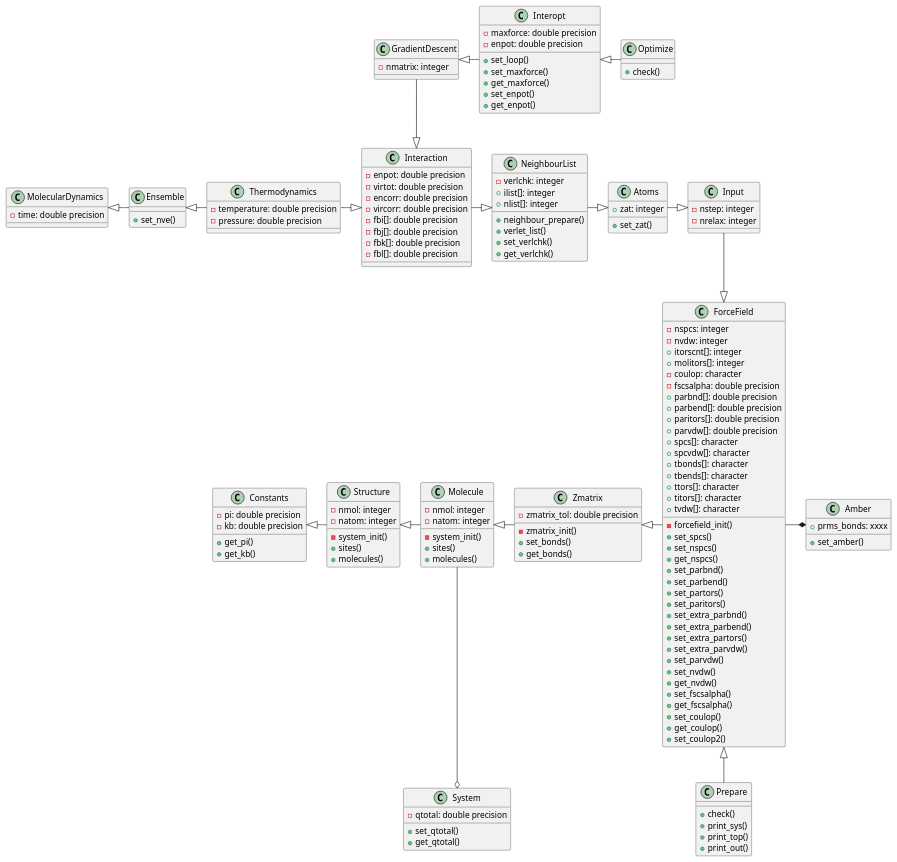
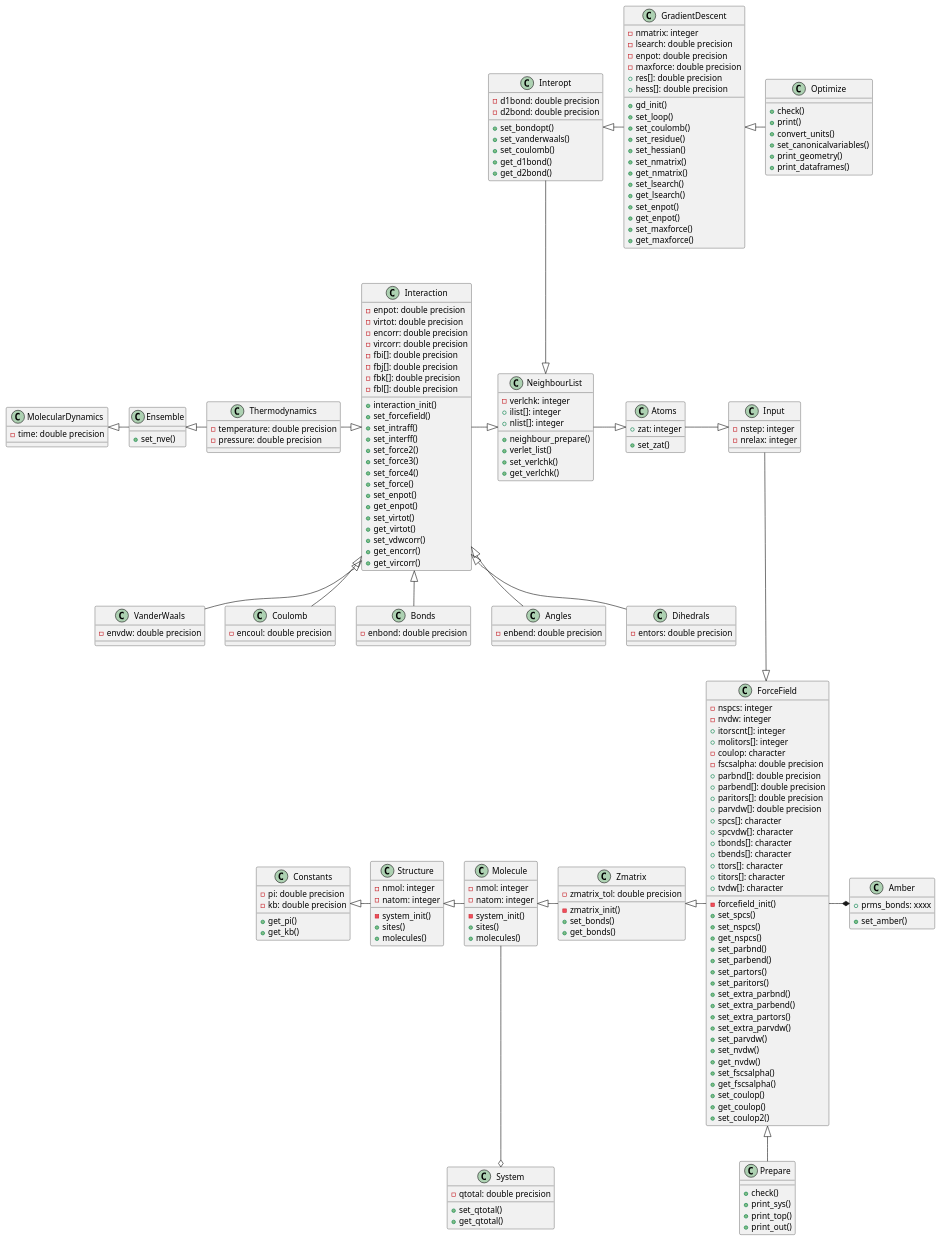
The diagram in docs/diagrama_de_fase.puml (flavianowilliams/HICOLM3), drawn with PlantUML before and after one commit. The commit also changed 5 other files, not shown here.

```diff
--- a/docs/diagrama_de_fase.puml
+++ b/docs/diagrama_de_fase.puml
@@ -90,7 +90,7 @@
     - nstep: integer
     - nrelax: integer
 }
-Input --|> ForceField
+Input ---|> ForceField
 class Atoms{
     + zat: integer
     + set_zat()
@@ -115,6 +115,21 @@
     - fbj[]: double precision
     - fbk[]: double precision
     - fbl[]: double precision
+    + interaction_init()
+    + set_forcefield()
+    + set_intraff()
+    + set_interff()
+    + set_force2()
+    + set_force3()
+    + set_force4()
+    + set_force()
+    + set_enpot()
+    + get_enpot()
+    + set_virtot()
+    + get_virtot()
+    + set_vdwcorr()
+    + get_encorr()
+    + get_vircorr()
 }
 Interaction -|> NeighbourList
 class Thermodynamics{
@@ -122,6 +137,26 @@
     - pressure: double precision
 }
 Thermodynamics -|> Interaction
+class VanderWaals{
+    - envdw: double precision
+}
+Interaction <|-- VanderWaals
+class Coulomb{
+    - encoul: double precision
+}
+Interaction <|-- Coulomb
+class Bonds{
+    - enbond: double precision
+}
+Interaction <|-- Bonds
+class Angles{
+    - enbend: double precision
+}
+Interaction <|-- Angles
+class Dihedrals{
+    - entors: double precision
+}
+Interaction <|-- Dihedrals
 class Ensemble{
     + set_nve()
 }
@@ -132,22 +167,46 @@
 MolecularDynamics <|- Ensemble
 '
 ' classes de otimizacao
+'
+class Interopt{
+    - d1bond: double precision
+    - d2bond: double precision
+    + set_bondopt()
+    + set_vanderwaals()
+    + set_coulomb()
+    + get_d1bond()
+    + get_d2bond()
+}
+Interopt --|> NeighbourList
 class GradientDescent{
     - nmatrix: integer
-}
-GradientDescent --|> Interaction
-class Interopt{
+    - lsearch: double precision
+    - enpot: double precision
     - maxforce: double precision
-    - enpot: double precision
+    + res[]: double precision
+    + hess[]: double precision
+    + gd_init()
     + set_loop()
+    + set_coulomb()
+    + set_residue()
+    + set_hessian()
+    + set_nmatrix()
+    + get_nmatrix()
+    + set_lsearch()
+    + get_lsearch()
+    + set_enpot()
+    + get_enpot()
     + set_maxforce()
     + get_maxforce()
-    + set_enpot()
-    + get_enpot()
 }
-GradientDescent <|- Interopt
+Interopt <|- GradientDescent
 class Optimize{
     + check()
+    + print()
+    + convert_units()
+    + set_canonicalvariables()
+    + print_geometry()
+    + print_dataframes()
 }
-Interopt <|- Optimize
+GradientDescent <|- Optimize
 @enduml
```
